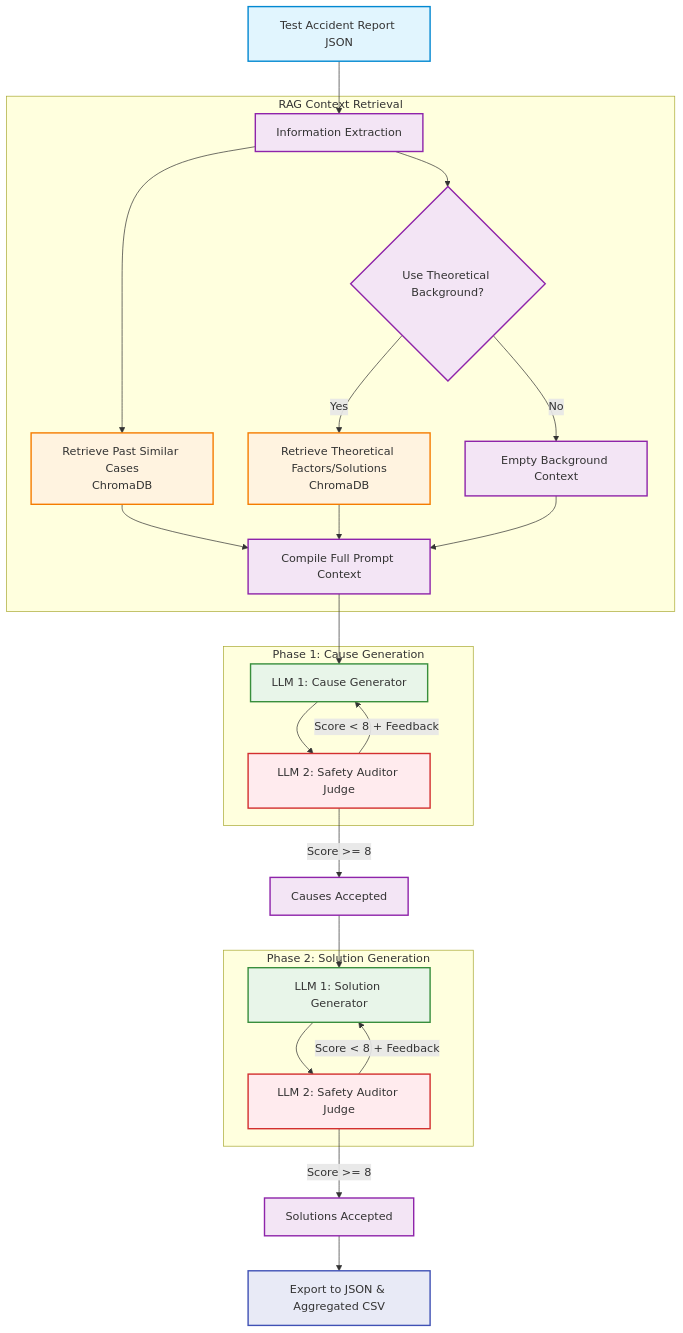
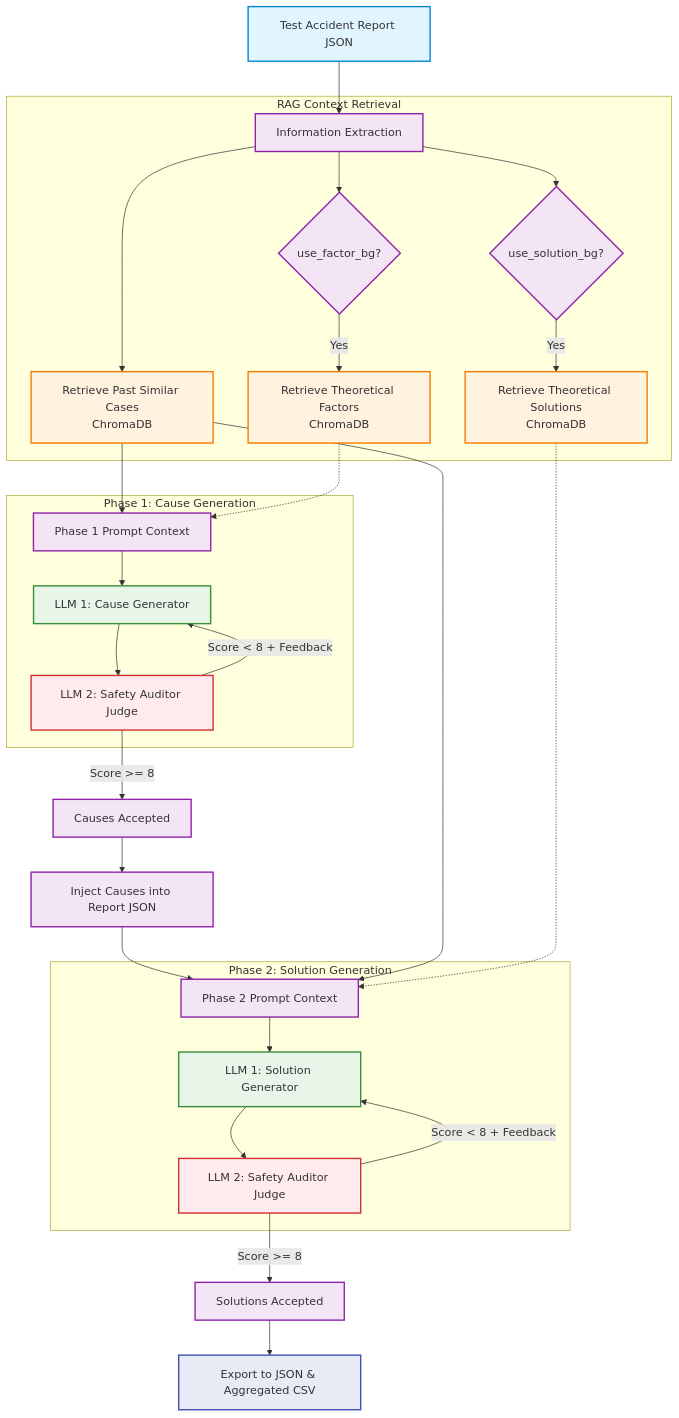
Before and after one commit to 098ff/acci-RAG-indiv: the diagram in README.md, drawn with Mermaid.

Commit message:
update mermaid flowchart to reflect pipeline flow accurately

````diff
--- a/README.md
+++ b/README.md
@@ -10,43 +10,48 @@
 ```mermaid
 graph TD
     %% Define styles
     classDef input fill:#e1f5fe,stroke:#0288d1,stroke-width:2px;
     classDef process fill:#f3e5f5,stroke:#8e24aa,stroke-width:2px;
     classDef rag fill:#fff3e0,stroke:#f57c00,stroke-width:2px;
     classDef agent1 fill:#e8f5e9,stroke:#388e3c,stroke-width:2px;
     classDef agent2 fill:#ffebee,stroke:#d32f2f,stroke-width:2px;
     classDef output fill:#e8eaf6,stroke:#3f51b5,stroke-width:2px;
 
     A[Test Accident Report JSON]:::input --> B[Information Extraction]:::process
     
     subgraph RAG Context Retrieval
         B --> C[Retrieve Past Similar Cases<br>ChromaDB]:::rag
-        B --> D{Use Theoretical Background?}:::process
-        D -- Yes --> E[Retrieve Theoretical Factors/Solutions<br>ChromaDB]:::rag
-        D -- No --> F[Empty Background Context]:::process
+        B --> D{use_factor_bg?}:::process
+        D -- Yes --> E[Retrieve Theoretical Factors<br>ChromaDB]:::rag
         
-        C --> G[Compile Full Prompt Context]:::process
-        E --> G
-        F --> G
+        B --> F{use_solution_bg?}:::process
+        F -- Yes --> G[Retrieve Theoretical Solutions<br>ChromaDB]:::rag
     end
     
-    G --> H
+    C --> H[Phase 1 Prompt Context]:::process
+    E -.-> H
     
     subgraph Phase 1: Cause Generation
-        H[LLM 1: Cause Generator]:::agent1 --> I[LLM 2: Safety Auditor Judge]:::agent2
-        I -- Score < 8 + Feedback --> H
+        H --> I[LLM 1: Cause Generator]:::agent1
+        I --> J[LLM 2: Safety Auditor Judge]:::agent2
+        J -- Score < 8 + Feedback --> I
     end
     
-    I -- Score >= 8 --> J[Causes Accepted]:::process
+    J -- Score >= 8 --> K[Causes Accepted]:::process
     
-    J --> K
+    K --> L[Inject Causes into Report JSON]:::process
+    
+    L --> M[Phase 2 Prompt Context]:::process
+    C --> M
+    G -.-> M
     
     subgraph Phase 2: Solution Generation
-        K[LLM 1: Solution Generator]:::agent1 --> L[LLM 2: Safety Auditor Judge]:::agent2
-        L -- Score < 8 + Feedback --> K
+        M --> N[LLM 1: Solution Generator]:::agent1
+        N --> O[LLM 2: Safety Auditor Judge]:::agent2
+        O -- Score < 8 + Feedback --> N
     end
     
-    L -- Score >= 8 --> M[Solutions Accepted]:::process
+    O -- Score >= 8 --> P[Solutions Accepted]:::process
     
-    M --> N[Export to JSON & Aggregated CSV]:::output
+    P --> Q[Export to JSON & Aggregated CSV]:::output
 ```
````
